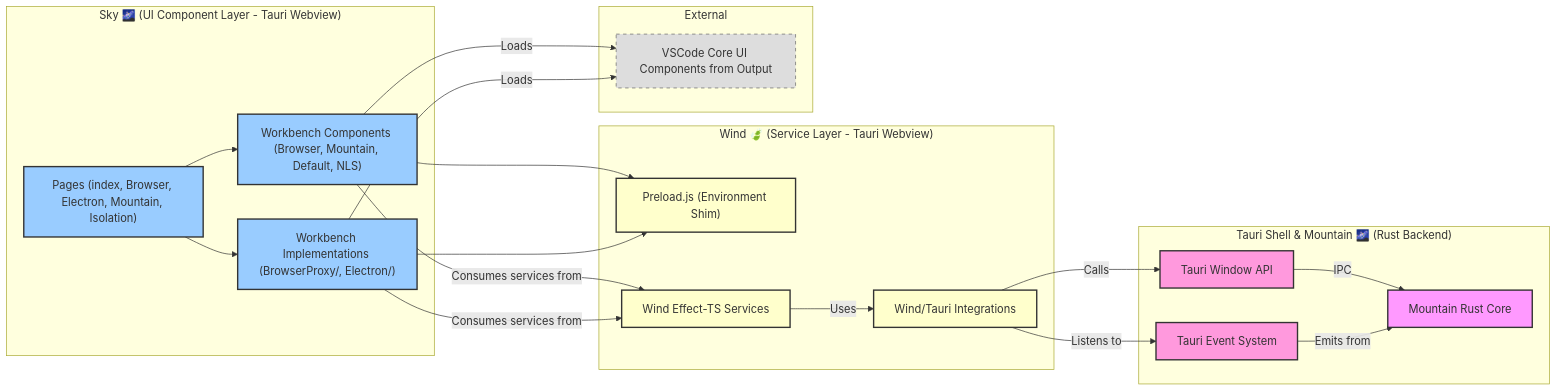
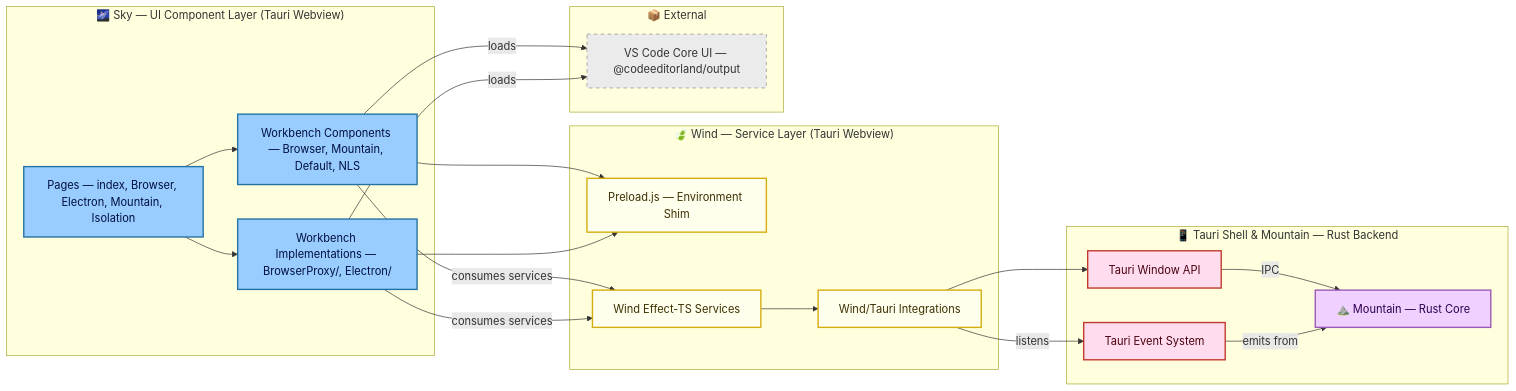
The diagram in README.md (CodeEditorLand/Sky), drawn with Mermaid before and after one commit. The commit also changed other lines of this file, not shown here.

Commit message:
docs: backticks on tech names, em quad spacing, Astro version badge accuracy, interaction flow enriched

````diff
--- a/README.md
+++ b/README.md
@@ -157,44 +142,44 @@
 ```mermaid
 graph LR
-classDef sky fill:#9cf,stroke:#333,stroke-width:2px;
-classDef wind fill:#ffc,stroke:#333,stroke-width:2px;
-classDef tauri fill:#f9d,stroke:#333,stroke-width:2px;
-classDef mountain fill:#f9f,stroke:#333,stroke-width:2px;
-classDef external fill:#ddd,stroke:#666,stroke-dasharray: 5 5;
+    classDef sky      fill:#9cf,stroke:#2471a3,stroke-width:2px,color:#001040;
+    classDef wind     fill:#ffe,stroke:#d4ac0d,stroke-width:2px,color:#3d3000;
+    classDef tauri    fill:#fde,stroke:#c0392b,stroke-width:2px,color:#4a0010;
+    classDef mountain fill:#f0d0ff,stroke:#9b59b6,stroke-width:2px,color:#2c0050;
+    classDef external fill:#ebebeb,stroke:#888,stroke-dasharray:5 5,color:#333;
 
-subgraph "Sky 🌌 (UI Component Layer - Tauri Webview)"
-Pages["Pages (index, Browser, Electron, Mountain, Isolation)"]:::sky
-Workbenches["Workbench Components (Browser, Mountain, Default, NLS)"]:::sky
-WorkbenchImpl["Workbench Implementations (BrowserProxy/, Electron/)"]:::sky
-end
+    subgraph "🌌 Sky — UI Component Layer (Tauri Webview)"
+        Pages["Pages — index, Browser, Electron, Mountain, Isolation"]:::sky
+        Workbenches["Workbench Components — Browser, Mountain, Default, NLS"]:::sky
+        WorkbenchImpl["Workbench Implementations — BrowserProxy/, Electron/"]:::sky
+    end
 
-subgraph "Wind 🍃 (Service Layer - Tauri Webview)"
-PreloadJS["Preload.js (Environment Shim)"]:::wind
-WindServices[Wind Effect-TS Services]:::wind
-TauriIntegrations[Wind/Tauri Integrations]:::wind
-end
+    subgraph "🍃 Wind — Service Layer (Tauri Webview)"
+        PreloadJS["Preload.js — Environment Shim"]:::wind
+        WindServices["Wind Effect-TS Services"]:::wind
+        TauriIntegrations["Wind/Tauri Integrations"]:::wind
+    end
 
-subgraph "Tauri Shell & Mountain 🌌 (Rust Backend)"
-TauriWindow[Tauri Window API]:::tauri
-TauriEvents[Tauri Event System]:::tauri
-MountainCore[Mountain Rust Core]:::mountain
-end
+    subgraph "📱 Tauri Shell & Mountain — Rust Backend"
+        TauriWindow["Tauri Window API"]:::tauri
+        TauriEvents["Tauri Event System"]:::tauri
+        MountainCore["⛰️ Mountain — Rust Core"]:::mountain
+    end
 
-subgraph "External"
-VSCodeComponents[VSCode Core UI Components from Output]:::external
-end
+    subgraph "📦 External"
+        VSCodeComponents["VS Code Core UI — @codeeditorland/output"]:::external
+    end
 
-Pages --> Workbenches
-Pages --> WorkbenchImpl
-Workbenches --> PreloadJS
-WorkbenchImpl --> PreloadJS
-Workbenches -- Consumes services from --> WindServices
-WorkbenchImpl -- Consumes services from --> WindServices
-WindServices -- Uses --> TauriIntegrations
-TauriIntegrations -- Calls --> TauriWindow
-TauriIntegrations -- Listens to --> TauriEvents
-TauriWindow -- IPC --> MountainCore
-TauriEvents -- Emits from --> MountainCore
-Workbenches -- Loads --> VSCodeComponents
-WorkbenchImpl -- Loads --> VSCodeComponents
+    Pages --> Workbenches
+    Pages --> WorkbenchImpl
+    Workbenches --> PreloadJS
+    WorkbenchImpl --> PreloadJS
+    Workbenches -- consumes services --> WindServices
+    WorkbenchImpl -- consumes services --> WindServices
+    WindServices --> TauriIntegrations
+    TauriIntegrations --> TauriWindow
+    TauriIntegrations -- listens --> TauriEvents
+    TauriWindow -- IPC --> MountainCore
+    TauriEvents -- emits from --> MountainCore
+    Workbenches -- loads --> VSCodeComponents
+    WorkbenchImpl -- loads --> VSCodeComponents
 ```
````
